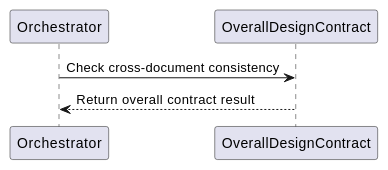
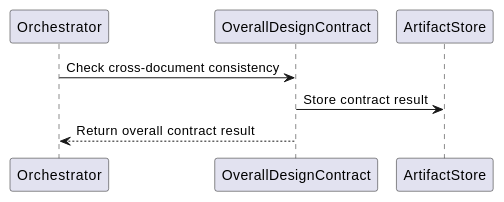
The second of 4 diagrams in project_layer/docs/breakdown_docs/overall_design_contract_design.md (lucky-chen/ai_workflow_travel), drawn with PlantUML before and after one commit. The commit also changed other lines of this file and 16 other files, not shown here.

````diff
--- a/project_layer/docs/breakdown_docs/overall_design_contract_design.md
+++ b/project_layer/docs/breakdown_docs/overall_design_contract_design.md
@@ -76,9 +74,11 @@
 ```plantuml
 @startuml
 participant Orchestrator
 participant OverallDesignContract
+participant ArtifactStore
 
 Orchestrator -> OverallDesignContract: Check cross-document consistency
+OverallDesignContract -> ArtifactStore: Store contract result
 OverallDesignContract --> Orchestrator: Return overall contract result
 @enduml
 ```
````
